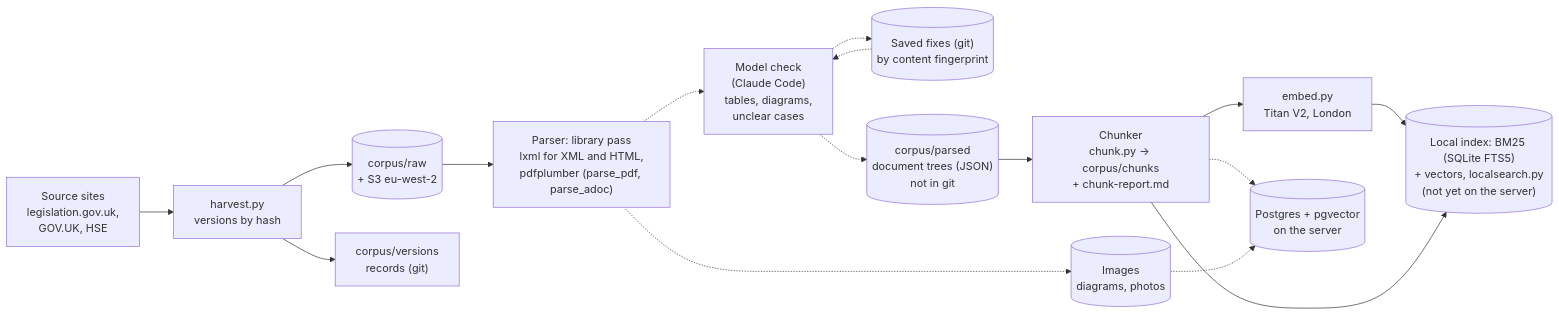
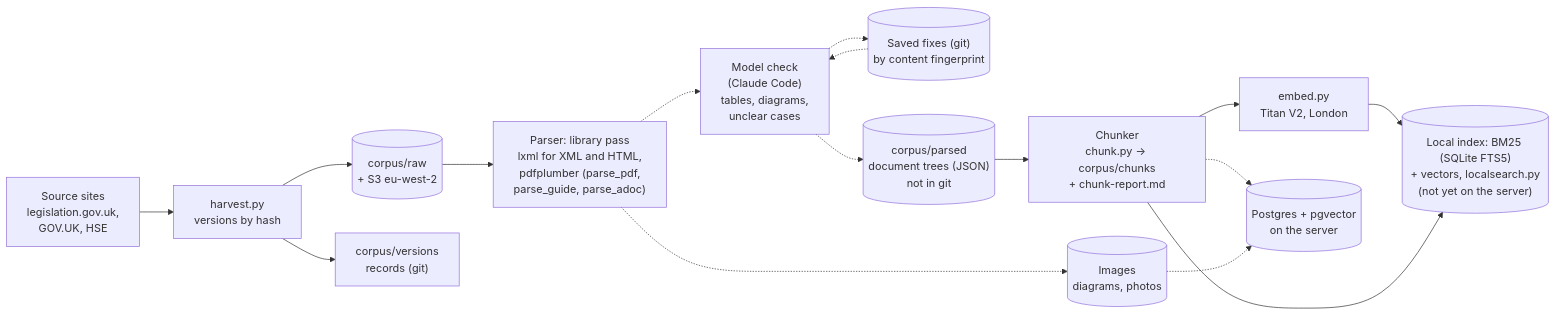
The first of 7 diagrams in architecture/design/regulations-corpus.md (florinmarcus/builders_lab), drawn with Mermaid before and after one commit. The commit also changed other lines of this file and 10 other files, not shown here.

````diff
--- a/architecture/design/regulations-corpus.md
+++ b/architecture/design/regulations-corpus.md
@@ -11,18 +11,18 @@
 ```mermaid
 flowchart LR
     src["Source sites<br/>legislation.gov.uk,<br/>GOV.UK, HSE"] --> harvest["harvest.py<br/>versions by hash"]
     harvest --> raw[("corpus/raw<br/>+ S3 eu-west-2")]
     harvest --> rec["corpus/versions<br/>records (git)"]
-    raw --> lib["Parser: library pass<br/>lxml for XML and HTML,<br/>pdfplumber (parse_pdf, parse_adoc)"]
+    raw --> lib["Parser: library pass<br/>lxml for XML and HTML,<br/>pdfplumber (parse_pdf,<br/>parse_guide, parse_adoc)"]
     lib -.-> chk["Model check<br/>(Claude Code)<br/>tables, diagrams,<br/>unclear cases"]
     fixes[("Saved fixes (git)<br/>by content fingerprint")] -.-> chk
     chk -.-> fixes
     chk -.-> tree[("corpus/parsed<br/>document trees (JSON)<br/>not in git")]
     lib -.-> img[("Images<br/>diagrams, photos")]
     tree --> chunk["Chunker<br/>chunk.py → corpus/chunks<br/>+ chunk-report.md"]
     chunk --> emb["embed.py<br/>Titan V2, London"]
     emb --> fts[("Local index: BM25 (SQLite FTS5)<br/>+ vectors, localsearch.py<br/>(not yet on the server)")]
     chunk --> fts
     chunk -.-> pg[("Postgres + pgvector<br/>on the server")]
     img -.-> pg
 ```
````
